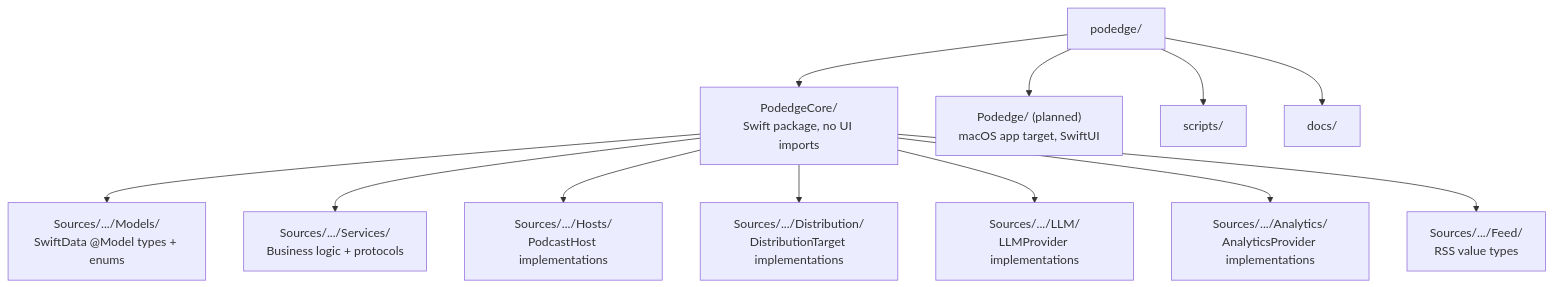
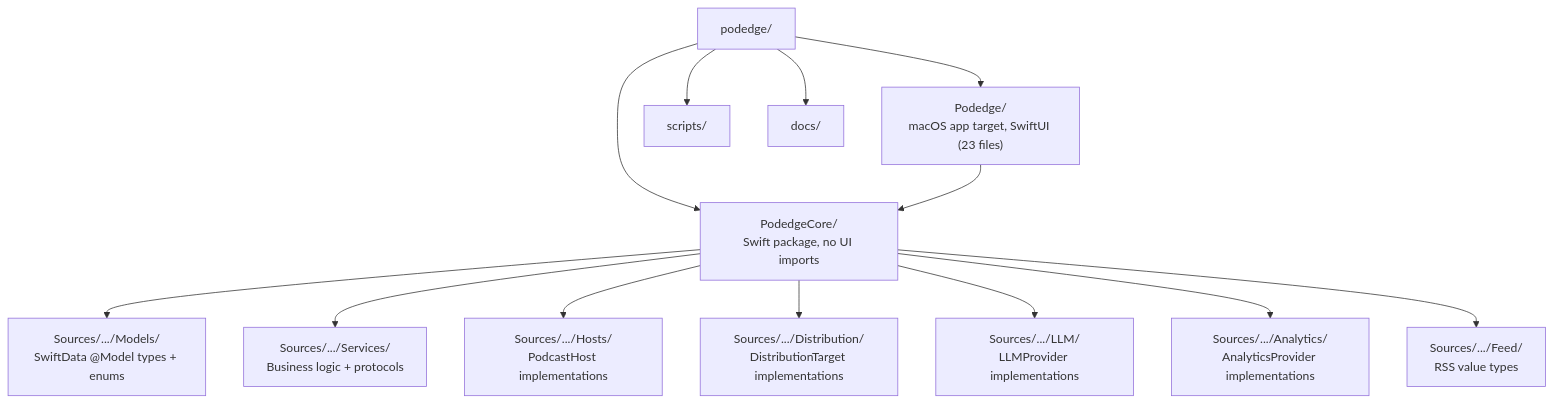
The diagram in docs/dev/onboarding.md (rjourdan/podedge), drawn with Mermaid before and after one commit. The commit also changed other lines of this file and 26 other files, not shown here.

````diff
--- a/docs/dev/onboarding.md
+++ b/docs/dev/onboarding.md
@@ -48,14 +49,15 @@
 ```mermaid
 flowchart TD
     Repo["podedge/"] --> Core["PodedgeCore/<br/>Swift package, no UI imports"]
-    Repo --> App["Podedge/ (planned)<br/>macOS app target, SwiftUI"]
+    Repo --> App["Podedge/<br/>macOS app target, SwiftUI (23 files)"]
     Repo --> Scripts["scripts/"]
     Repo --> Docs["docs/"]
     Core --> Models["Sources/.../Models/<br/>SwiftData @Model types + enums"]
     Core --> Services["Sources/.../Services/<br/>Business logic + protocols"]
     Core --> Hosts["Sources/.../Hosts/<br/>PodcastHost implementations"]
     Core --> Dist["Sources/.../Distribution/<br/>DistributionTarget implementations"]
     Core --> LLM["Sources/.../LLM/<br/>LLMProvider implementations"]
     Core --> Analytics["Sources/.../Analytics/<br/>AnalyticsProvider implementations"]
     Core --> Feed["Sources/.../Feed/<br/>RSS value types"]
+    App --> Core
 ```
````
